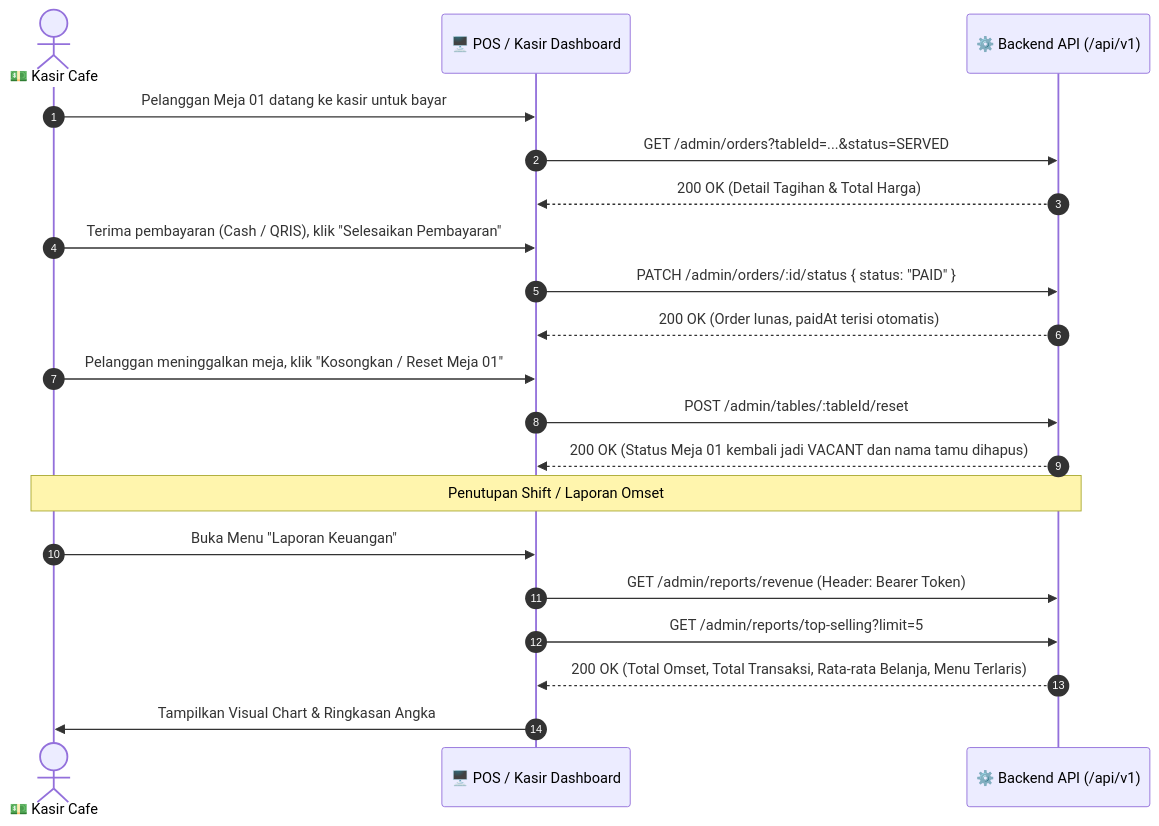
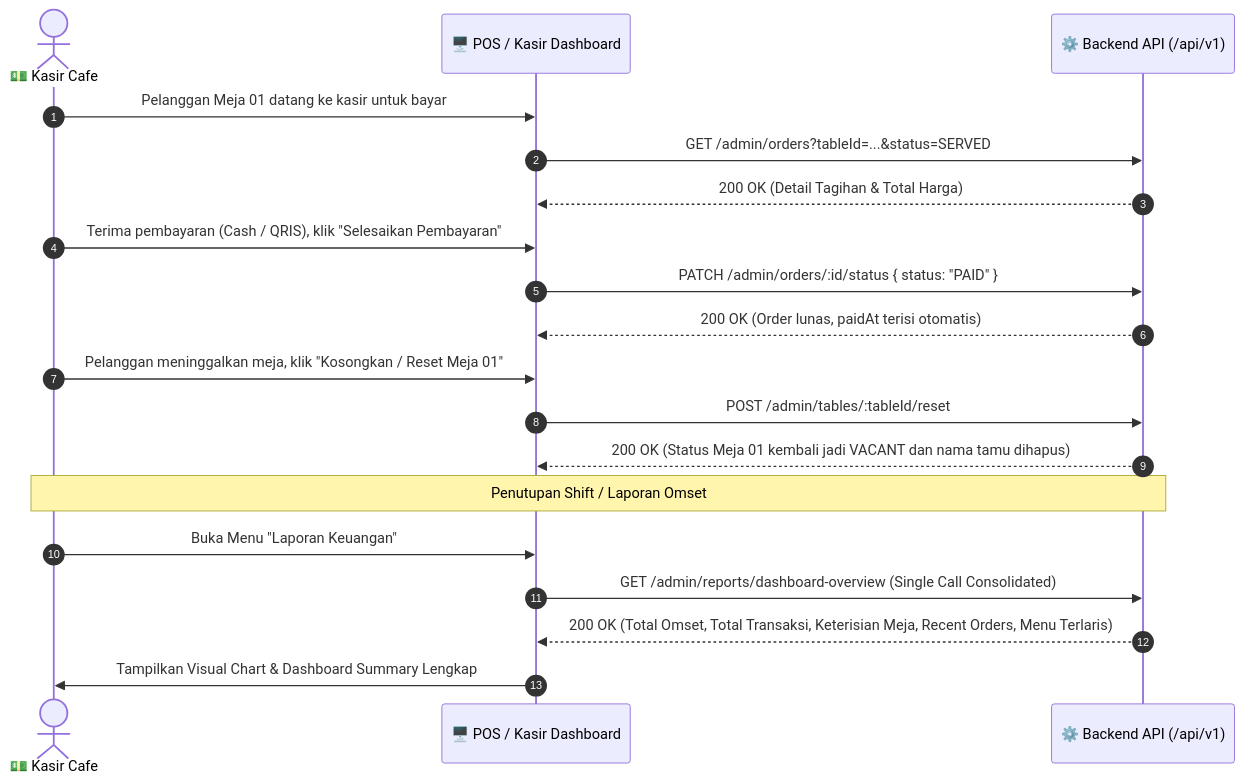
One commit to dwigunardi/be-menu-scan-latihan changed the fourth of 5 diagrams in docs/integration/frontend-integration-guide.md. Above: the diagram before and after it, drawn with Mermaid. The commit also changed other lines of this file and 4 other files, not shown here.

Commit message:
feat(reports): add consolidated dashboard overview endpoint, unit tests, and comprehensive admin dashboard UI blueprints

````diff
--- a/docs/integration/frontend-integration-guide.md
+++ b/docs/integration/frontend-integration-guide.md
@@ -172,25 +192,24 @@
 ```mermaid
 sequenceDiagram
     autonumber
     actor Cashier as 💵 Kasir Cafe
     participant FE as 🖥️ POS / Kasir Dashboard
     participant BE as ⚙️ Backend API (/api/v1)
 
     Cashier->>FE: Pelanggan Meja 01 datang ke kasir untuk bayar
     FE->>BE: GET /admin/orders?tableId=...&status=SERVED
     BE-->>FE: 200 OK (Detail Tagihan & Total Harga)
     Cashier->>FE: Terima pembayaran (Cash / QRIS), klik "Selesaikan Pembayaran"
     FE->>BE: PATCH /admin/orders/:id/status { status: "PAID" }
     BE-->>FE: 200 OK (Order lunas, paidAt terisi otomatis)
 
     Cashier->>FE: Pelanggan meninggalkan meja, klik "Kosongkan / Reset Meja 01"
     FE->>BE: POST /admin/tables/:tableId/reset
     BE-->>FE: 200 OK (Status Meja 01 kembali jadi VACANT dan nama tamu dihapus)
 
     Note over Cashier,BE: Penutupan Shift / Laporan Omset
     Cashier->>FE: Buka Menu "Laporan Keuangan"
-    FE->>BE: GET /admin/reports/revenue (Header: Bearer Token)
-    FE->>BE: GET /admin/reports/top-selling?limit=5
-    BE-->>FE: 200 OK (Total Omset, Total Transaksi, Rata-rata Belanja, Menu Terlaris)
-    FE->>Cashier: Tampilkan Visual Chart & Ringkasan Angka
+    FE->>BE: GET /admin/reports/dashboard-overview (Single Call Consolidated)
+    BE-->>FE: 200 OK (Total Omset, Total Transaksi, Keterisian Meja, Recent Orders, Menu Terlaris)
+    FE->>Cashier: Tampilkan Visual Chart & Dashboard Summary Lengkap
 ```
````
